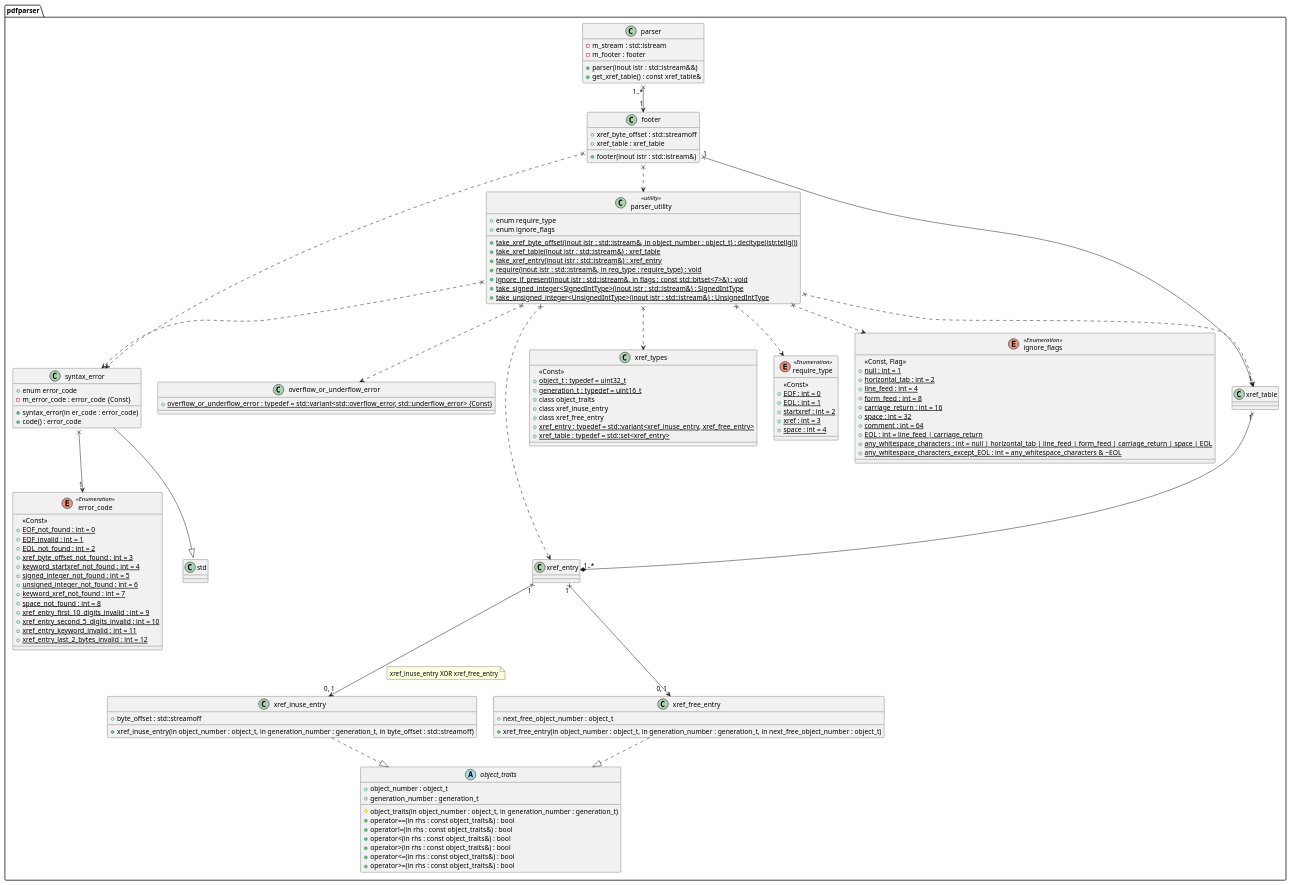
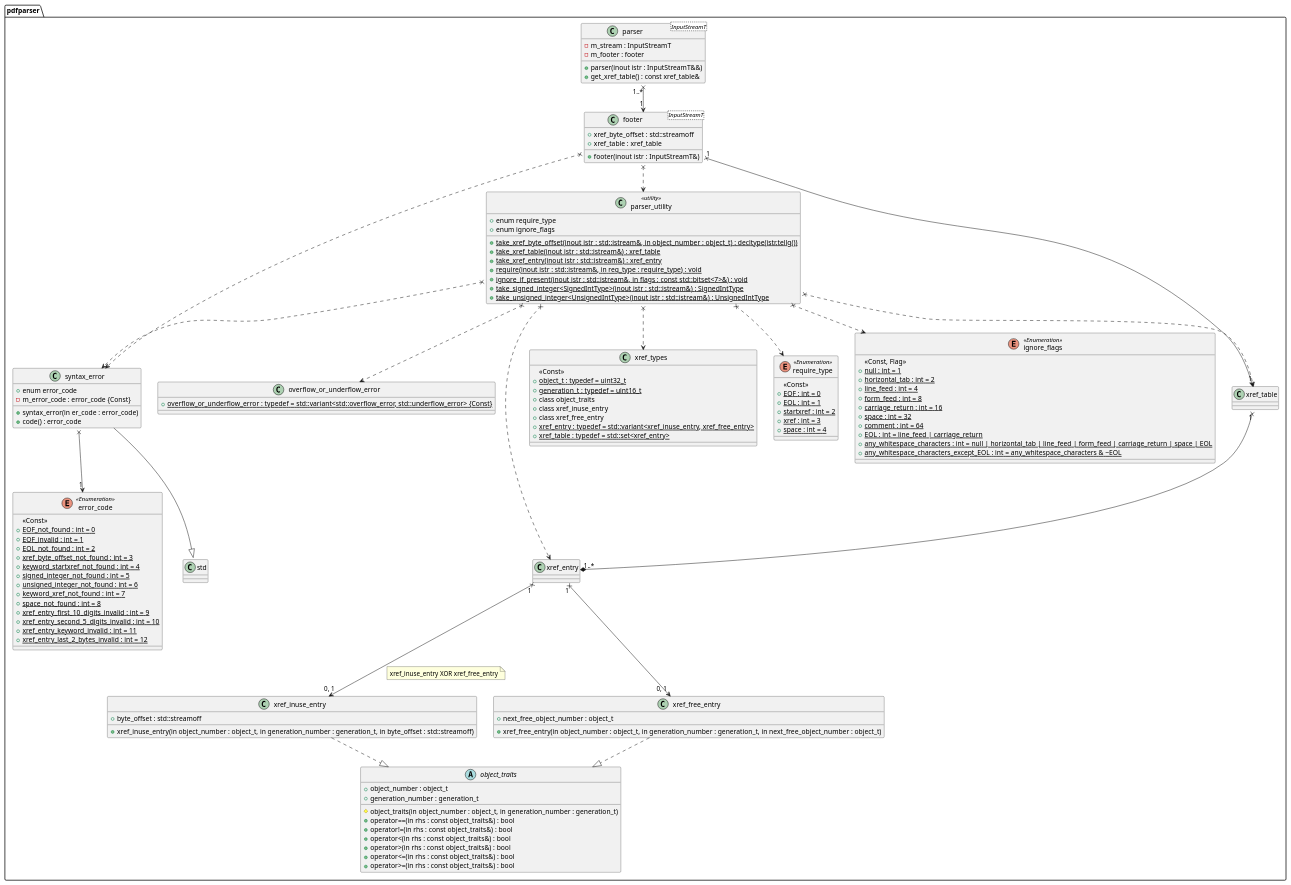
The diagram in document/parser.class.pu (KodaiYM/PDFReader), drawn with PlantUML before and after one commit. The commit also changed 1 other file, not shown here.

Commit message:
std::istream をクラステンプレート引数に変更した（ムーブできないから）

```diff
--- a/document/parser.class.pu
+++ b/document/parser.class.pu
@@ -1,135 +1,135 @@
 @startuml parser
 namespace pdfparser {
 enum require_type <<Enumeration>> {
 	<<Const>>
 	+{static} EOF : int = 0
 	+{static} EOL : int = 1
 	+{static} startxref : int = 2
 	+{static} xref : int = 3
 	+{static} space : int = 4
 }
 enum ignore_flags <<Enumeration>> {
 	<<Const, Flag>>
 	+{static} null : int = 1
 	+{static} horizontal_tab : int = 2
 	+{static} line_feed : int = 4
 	+{static} form_feed : int = 8
 	+{static} carriage_return : int = 16
 	+{static} space : int = 32
 	+{static} comment : int = 64
 	+{static} EOL : int = line_feed | carriage_return
 	+{static} any_whitespace_characters : int = null | horizontal_tab | line_feed | form_feed | carriage_return | space | EOL
 	+{static} any_whitespace_characters_except_EOL : int = any_whitespace_characters & ~EOL
 }
-class parser {
-	-m_stream : std::istream
+class parser<InputStreamT> {
+	-m_stream : InputStreamT
 	-m_footer : footer
 
-	+parser(inout istr : std::istream&&)
+	+parser(inout istr : InputStreamT&&)
 	+get_xref_table() : const xref_table&
 }
 parser "1..*" x--> "1" footer
 
-class footer {
+class footer<InputStreamT> {
 	+xref_byte_offset : std::streamoff
 	+xref_table : xref_table
 
-	+footer(inout istr : std::istream&)
+	+footer(inout istr : InputStreamT&)
 }
 footer x..> syntax_error
 footer x..> parser_utility
 footer "1" x--> "1" xref_table
 
 class parser_utility <<utility>> {
 	+enum require_type
 	+enum ignore_flags
 
 	+{static} take_xref_byte_offset(inout istr : std::istream&, in object_number : object_t) : decltype(istr.tellg())
 	+{static} take_xref_table(inout istr : std::istream&) : xref_table
 	+{static} take_xref_entry(inout istr : std::istream&) : xref_entry
 	+{static} require(inout istr : std::istream&, in req_type : require_type) : void
 	+{static} ignore_if_present(inout istr : std::istream&, in flags : const std::bitset<7>&) : void
 	+{static} take_signed_integer<SignedIntType>(inout istr : std::istream&) : SignedIntType
 	+{static} take_unsigned_integer<UnsignedIntType>(inout istr : std::istream&) : UnsignedIntType
 }
 parser_utility x..> require_type
 parser_utility x..> ignore_flags
 parser_utility x..> syntax_error
 parser_utility x..> overflow_or_underflow_error
 parser_utility x..> xref_table
 parser_utility x..> xref_entry
 parser_utility x..> xref_types
 
 enum error_code <<Enumeration>> {
 	<<Const>>
 	+{static} EOF_not_found : int = 0
 	+{static} EOF_invalid : int = 1
 	+{static} EOL_not_found : int = 2
 	+{static} xref_byte_offset_not_found : int = 3
 	+{static} keyword_startxref_not_found : int = 4
 	+{static} signed_integer_not_found : int = 5
 	+{static} unsigned_integer_not_found : int = 6
 	+{static} keyword_xref_not_found : int = 7
 	+{static} space_not_found : int = 8
 	+{static} xref_entry_first_10_digits_invalid : int = 9
 	+{static} xref_entry_second_5_digits_invalid : int = 10
 	+{static} xref_entry_keyword_invalid : int = 11
 	+{static} xref_entry_last_2_bytes_invalid : int = 12
 }
 class syntax_error {
 	+enum error_code
 	-m_error_code : error_code {Const}
 
 	+syntax_error(in er_code : error_code)
 	+code() : error_code
 }
 syntax_error --|> std::runtime_error
 syntax_error x--> "1" error_code
 
 class overflow_or_underflow_error {
 	+{static} overflow_or_underflow_error : typedef = std::variant<std::overflow_error, std::underflow_error> {Const}
 }
 
 class xref_types {
 	<<Const>>
 	+{static} object_t : typedef = uint32_t
 	+{static} generation_t : typedef = uint16_t
 	+class object_traits
 	+class xref_inuse_entry
 	+class xref_free_entry
 	+{static} xref_entry : typedef = std::variant<xref_inuse_entry, xref_free_entry>
 	+{static} xref_table : typedef = std::set<xref_entry>
 }
 xref_table "1" x--* "1..*" xref_entry
 xref_entry "1" x--> "0, 1" xref_inuse_entry
 note right on link
 xref_inuse_entry XOR xref_free_entry
 end note
 xref_entry "1" x--> "0, 1" xref_free_entry
 
 abstract class object_traits {
 	+object_number : object_t
 	+generation_number : generation_t
 
 	#object_traits(in object_number : object_t, in generation_number : generation_t)
 	+operator==(in rhs : const object_traits&) : bool
 	+operator!=(in rhs : const object_traits&) : bool
 	+operator<(in rhs : const object_traits&) : bool
 	+operator>(in rhs : const object_traits&) : bool
 	+operator<=(in rhs : const object_traits&) : bool
 	+operator>=(in rhs : const object_traits&) : bool
 }
 
 class xref_inuse_entry {
 	+xref_inuse_entry(in object_number : object_t, in generation_number : generation_t, in byte_offset : std::streamoff)
 	+byte_offset : std::streamoff
 }
 xref_inuse_entry ..|> object_traits
 
 class xref_free_entry {
 	+xref_free_entry(in object_number : object_t, in generation_number : generation_t, in next_free_object_number : object_t)
 	+next_free_object_number : object_t
 }
 xref_free_entry ..|> object_traits
 }
 @enduml
```
